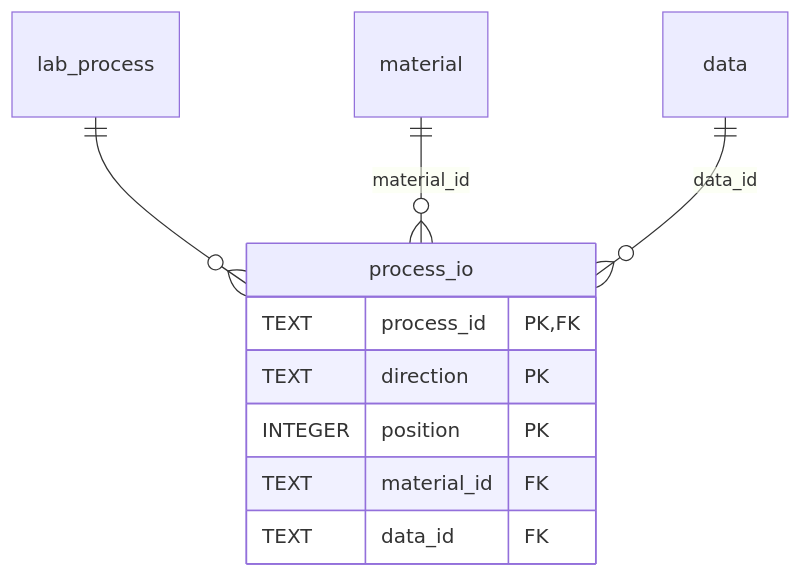
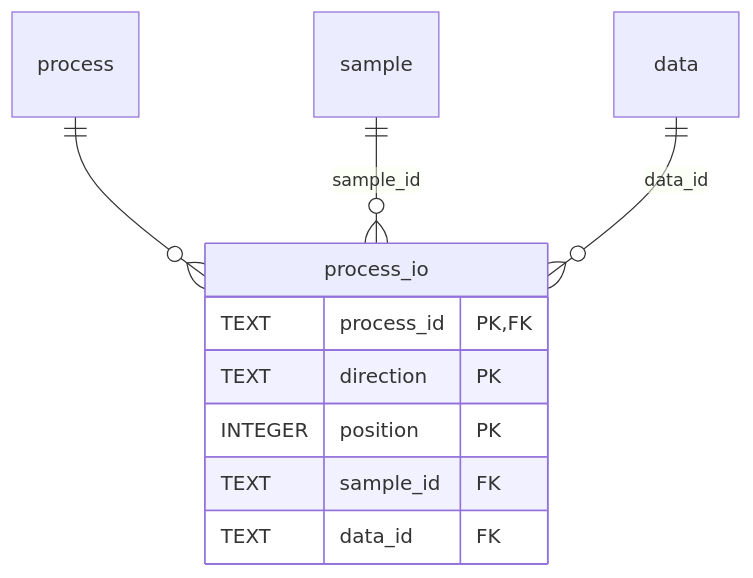
Diagram 14 of 18 in schemas/sql/design.md (HLWeil/ProcessCore), drawn with Mermaid before and after one commit. The commit also changed other lines of this file and 134 other files, not shown here.

````diff
--- a/schemas/sql/design.md
+++ b/schemas/sql/design.md
@@ -430,13 +430,13 @@
 ```mermaid
 erDiagram
     process_io {
         TEXT process_id PK,FK
         TEXT direction PK
         INTEGER position PK
-        TEXT material_id FK
+        TEXT sample_id FK
         TEXT data_id FK
     }
-    lab_process ||--o{ process_io : ""
-    material ||--o{ process_io : "material_id"
+    process ||--o{ process_io : ""
+    sample ||--o{ process_io : "sample_id"
     data ||--o{ process_io : "data_id"
 ```
````
